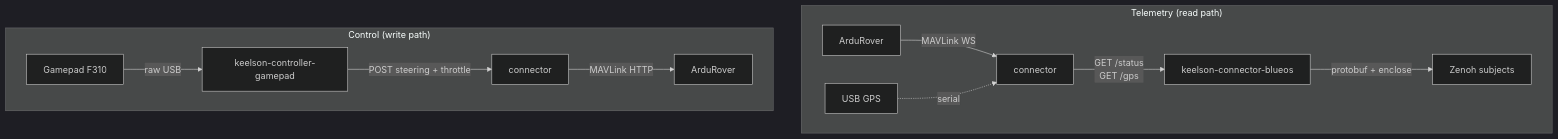
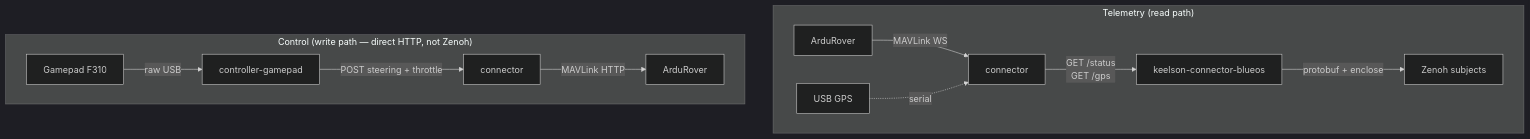
Before and after one commit to RISEMaxF/ssrsblue: the second of 2 diagrams in README.md, drawn with Mermaid (dark theme). The commit also changed other lines of this file and 7 other files, not shown here.

First line of the commit message:
Rename keelson-controller-gamepad to controller-gamepad

````diff
--- a/README.md
+++ b/README.md
@@ -50,15 +52,15 @@
 ```mermaid
 graph TD
     subgraph Telemetry ["Telemetry (read path)"]
         AP[ArduRover] -->|MAVLink WS| C1[connector]
         NMEA[USB GPS] -.->|serial| C1
         C1 -->|GET /status<br/>GET /gps| KC1[keelson-connector-blueos]
         KC1 -->|protobuf + enclose| Z1[Zenoh subjects]
     end
 
-    subgraph Control ["Control (write path)"]
-        F310[Gamepad F310] -->|raw USB| GC1[keelson-controller-gamepad]
+    subgraph Control ["Control (write path — direct HTTP, not Zenoh)"]
+        F310[Gamepad F310] -->|raw USB| GC1[controller-gamepad]
         GC1 -->|POST steering + throttle| C2[connector]
         C2 -->|MAVLink HTTP| AP2[ArduRover]
     end
 ```
````
